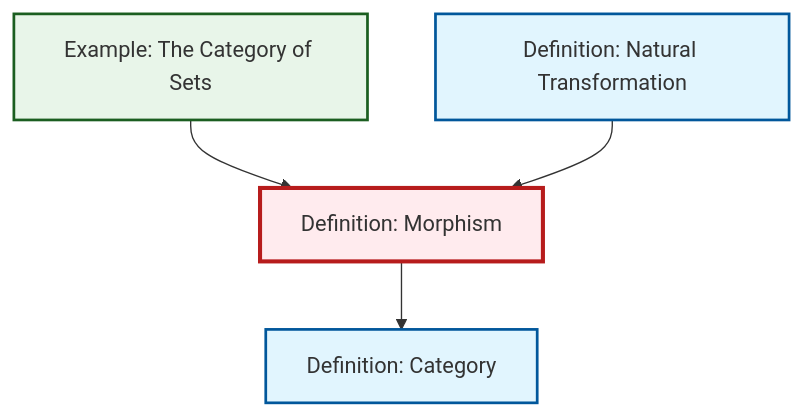
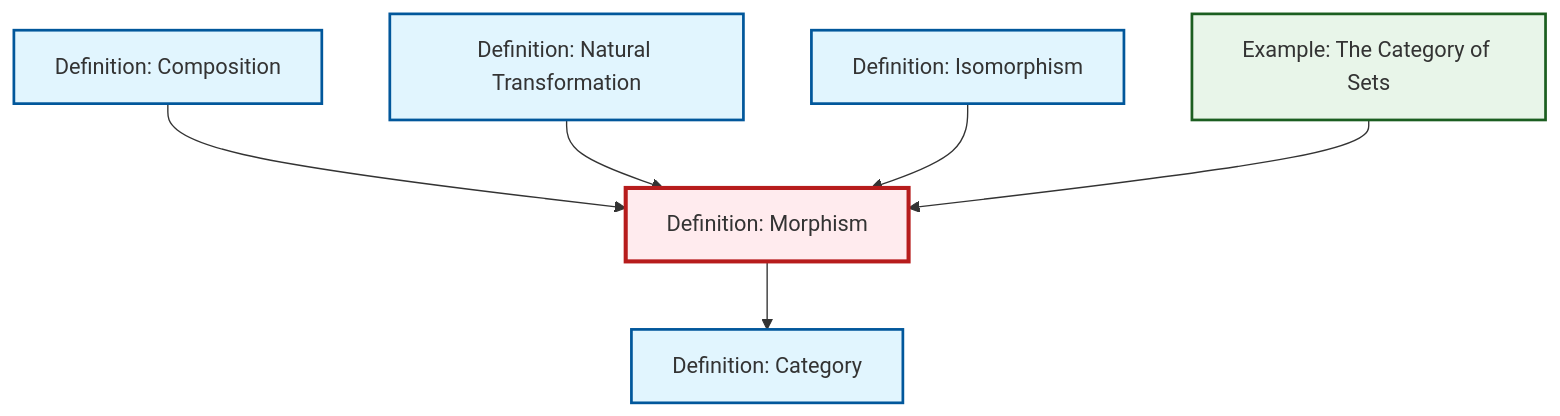
Before and after one commit to RK0429/ModernMath: the diagram in content/en/category-theory/def-morphism.qmd, drawn with Mermaid. The commit also changed other lines of this file and 203 other files, not shown here.

````diff
--- a/content/en/category-theory/def-morphism.qmd
+++ b/content/en/category-theory/def-morphism.qmd
@@ -55,21 +55,21 @@
 ```{mermaid}
 %%| fig-cap: "Local dependency graph"
 graph TD
     classDef definition fill:#e1f5fe,stroke:#01579b,stroke-width:2px
     classDef theorem fill:#f3e5f5,stroke:#4a148c,stroke-width:2px
     classDef axiom fill:#fff3e0,stroke:#e65100,stroke-width:2px
     classDef example fill:#e8f5e9,stroke:#1b5e20,stroke-width:2px
     classDef current fill:#ffebee,stroke:#b71c1c,stroke-width:3px
+    def-isomorphism["Definition: Isomorphism"]:::definition
+    def-composition["Definition: Composition"]:::definition
     ex-set-category["Example: The Category of Sets"]:::example
     def-morphism["Definition: Morphism"]:::definition
+    def-category["Definition: Category"]:::definition
     def-natural-transformation["Definition: Natural Transformation"]:::definition
-    def-category["Definition: Category"]:::definition
+    def-composition --> def-morphism
+    def-natural-transformation --> def-morphism
+    def-isomorphism --> def-morphism
+    def-morphism --> def-category
     ex-set-category --> def-morphism
-    def-natural-transformation --> def-morphism
-    def-morphism --> def-category
     class def-morphism current
-
-    click ex-set-category "ex-set-category.html" "Go to The Category of Sets example"
-    click def-natural-transformation "def-natural-transformation.html" "Go to Natural Transformation definition"
-    click def-category "def-category.html" "Go to Category definition"
 ```
````
